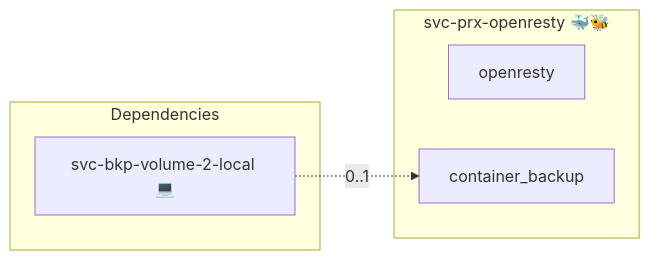
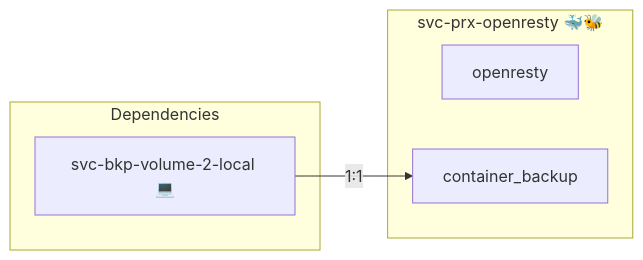
The diagram in roles/svc-prx-openresty/README.md (AlejandroRomanIbanez/infinito-nexus), drawn with Mermaid before and after one commit. The commit also changed 2 other files, not shown here.

Commit message:
docs(readme): regenerate openresty and registry READMEs
Follows the backup-free declarations and the registry swarm-mode removal.

````diff
--- a/roles/svc-prx-openresty/README.md
+++ b/roles/svc-prx-openresty/README.md
@@ -23,11 +23,11 @@
 ```mermaid
 flowchart LR
     subgraph deps [Dependencies]
         dep_svc_bkp_volume_2_local["svc-bkp-volume-2-local 💻"]
     end
     subgraph role [svc-prx-openresty 🐳🐝]
         svc_openresty["openresty"]
         svc_container_backup["container_backup"]
     end
-    dep_svc_bkp_volume_2_local -. "0..1" .-> svc_container_backup
+    dep_svc_bkp_volume_2_local -- "1:1" --> svc_container_backup
 ```
````
